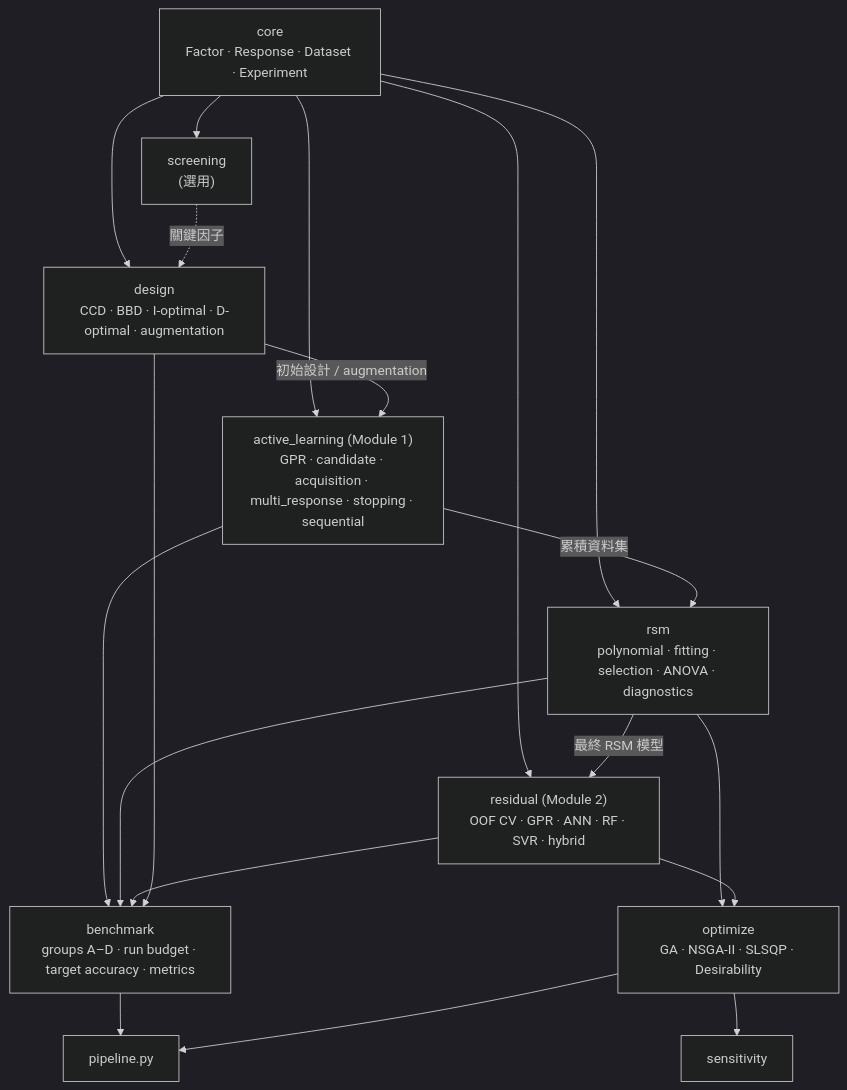
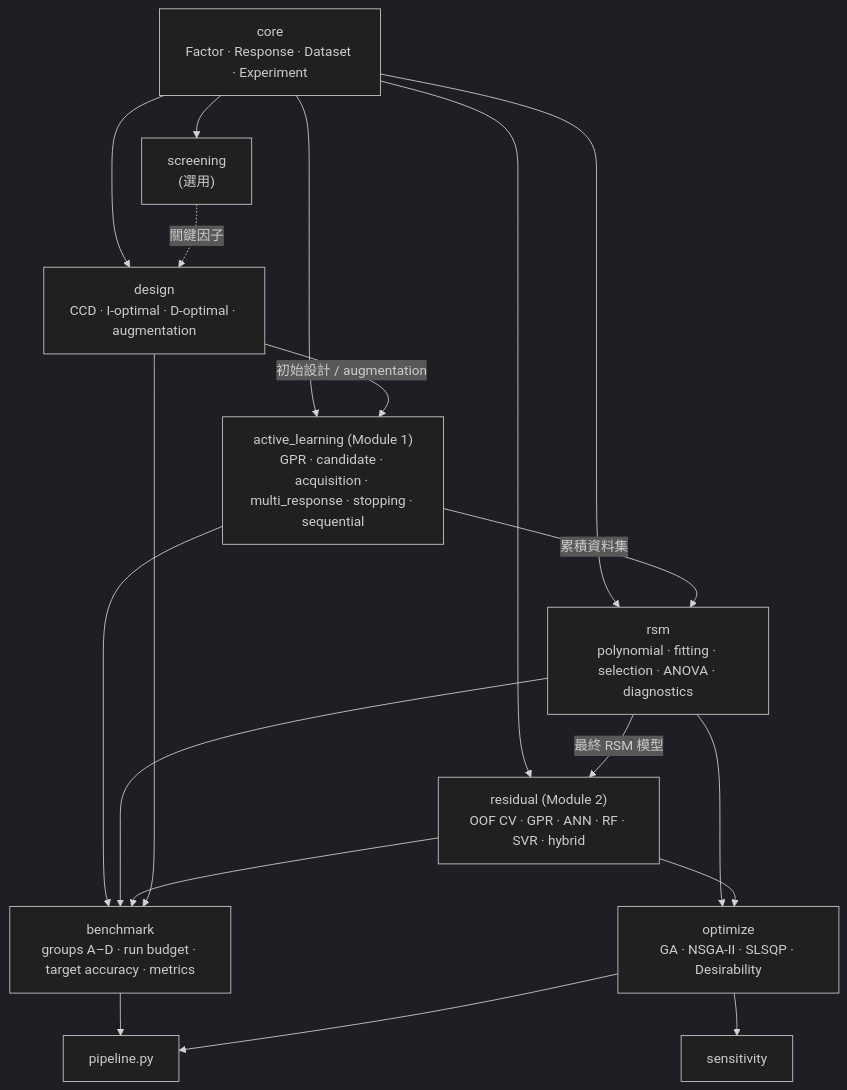
One commit to Kelvin-Hua05/ADoRE changed the first of 2 diagrams in architecture.md. Above: the diagram before and after it, drawn with Mermaid (dark theme). The commit also changed other lines of this file, not shown here.

````diff
--- a/architecture.md
+++ b/architecture.md
@@ -8,32 +8,32 @@
 ```mermaid
 flowchart TD
     core["core<br/>Factor · Response · Dataset · Experiment"]
     screening["screening<br/>(選用)"]
-    design["design<br/>CCD · BBD · I-optimal · D-optimal · augmentation"]
+    design["design<br/>CCD · I-optimal · D-optimal · augmentation"]
     al["active_learning (Module 1)<br/>GPR · candidate · acquisition · multi_response · stopping · sequential"]
     rsm["rsm<br/>polynomial · fitting · selection · ANOVA · diagnostics"]
     residual["residual (Module 2)<br/>OOF CV · GPR · ANN · RF · SVR · hybrid"]
     bench["benchmark<br/>groups A–D · run budget · target accuracy · metrics"]
     opt["optimize<br/>GA · NSGA-II · SLSQP · Desirability"]
     sens["sensitivity"]
     pipe["pipeline.py"]
 
     core --> screening
     core --> design
     core --> al
     core --> rsm
     core --> residual
     screening -.->|關鍵因子| design
     design -->|初始設計 / augmentation| al
     al -->|累積資料集| rsm
     rsm -->|最終 RSM 模型| residual
     al --> bench
     rsm --> bench
     residual --> bench
     design --> bench
     rsm --> opt
     residual --> opt
     opt --> sens
     bench --> pipe
     opt --> pipe
 ```
````
